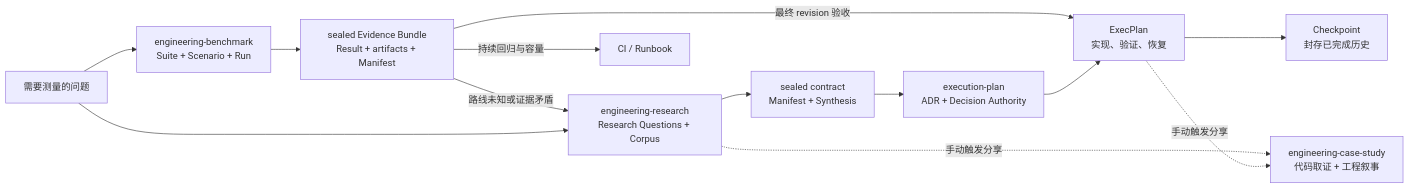
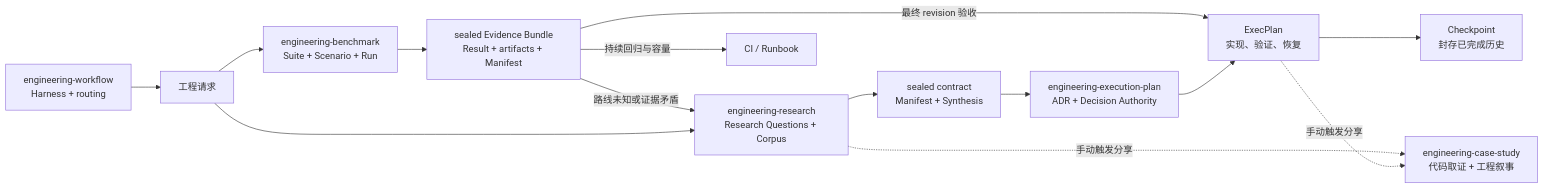
The first of 5 diagrams in README.md (XiaoWeiKIN/RepoFoundryAI), drawn with Mermaid before and after one commit. The commit also changed other lines of this file and 59 other files, not shown here.

Commit message:
refactor: introduce engineering workflow skill

````diff
--- a/README.md
+++ b/README.md
@@ -16,15 +19,16 @@
 ```mermaid
 flowchart LR
-    U["需要测量的问题"] --> B["engineering-benchmark<br/>Suite + Scenario + Run"]
+    W["engineering-workflow<br/>Harness + routing"] --> U["工程请求"]
+    U --> B["engineering-benchmark<br/>Suite + Scenario + Run"]
     B --> M0["sealed Evidence Bundle<br/>Result + artifacts + Manifest"]
     M0 -->|"路线未知或证据矛盾"| R["engineering-research<br/>Research Questions + Corpus"]
     M0 -->|"最终 revision 验收"| E
     M0 -->|"持续回归与容量"| O["CI / Runbook"]
     U --> R
     R --> M["sealed contract<br/>Manifest + Synthesis"]
-    M --> A["execution-plan<br/>ADR + Decision Authority"]
+    M --> A["engineering-execution-plan<br/>ADR + Decision Authority"]
     A --> E["ExecPlan<br/>实现、验证、恢复"]
     E --> C["Checkpoint<br/>封存已完成历史"]
     R -. "手动触发分享" .-> S["engineering-case-study<br/>代码取证 + 工程叙事"]
     E -. "手动触发分享" .-> S
 ```
````
